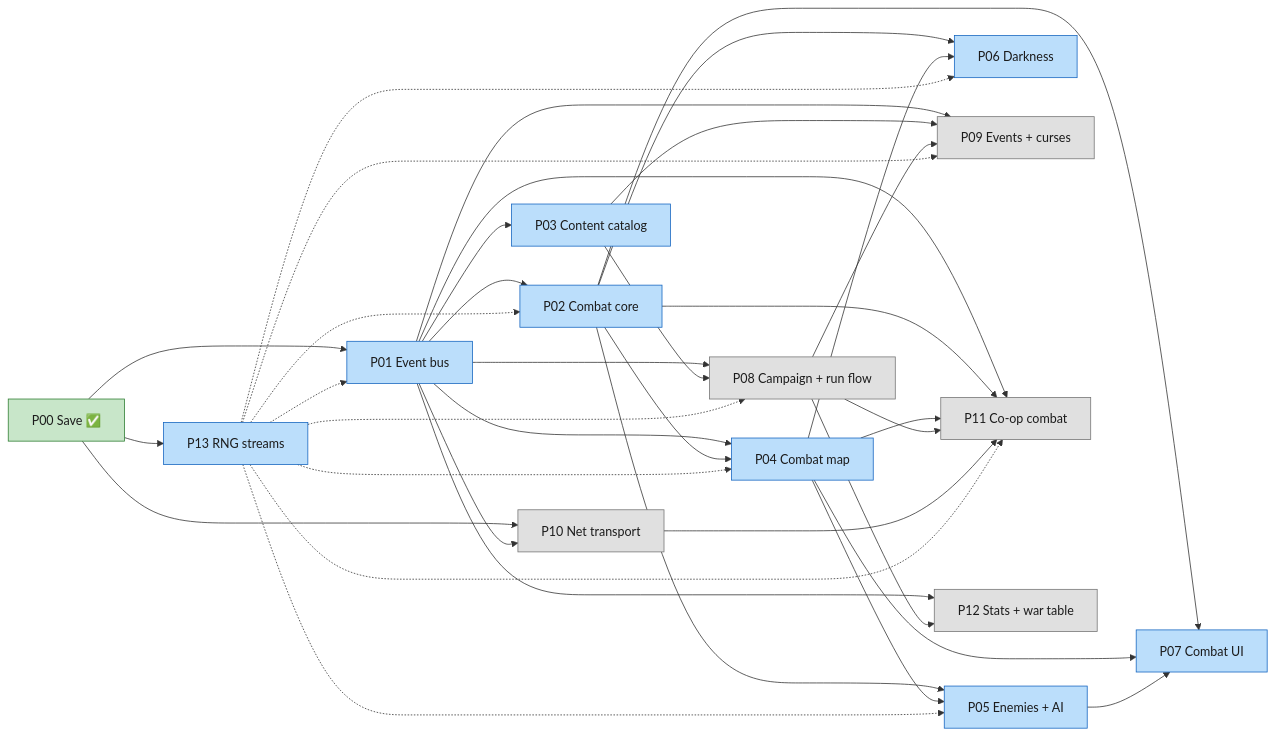
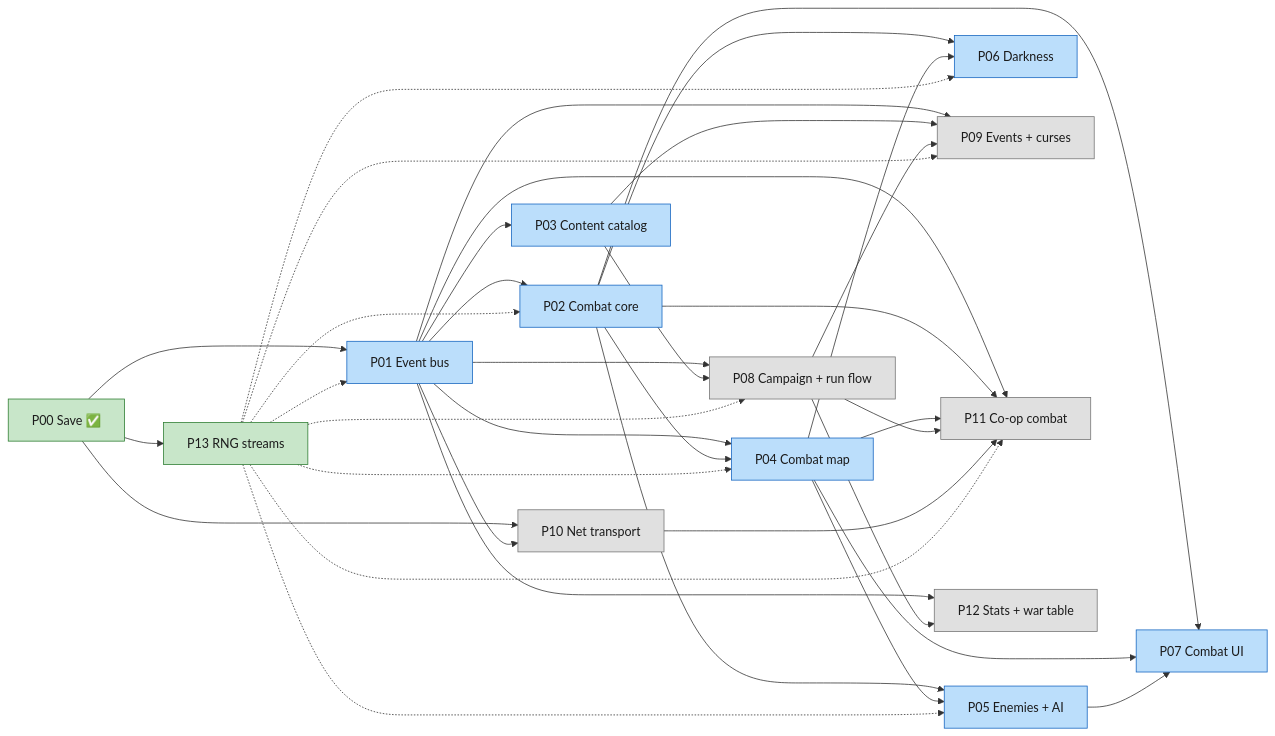
Before and after one commit to DevinHMurphy/bandit-bash: the first of 2 diagrams in docs/plans/game-orchestrator.md, drawn with Mermaid. The commit also changed other lines of this file and 1 other file, not shown here.

````diff
--- a/docs/plans/game-orchestrator.md
+++ b/docs/plans/game-orchestrator.md
@@ -121,46 +120,46 @@
 ```mermaid
 flowchart LR
   P00[P00 Save ✅] --> P01[P01 Event bus]
   P00 --> P13[P13 RNG streams]
   P00 --> P10[P10 Net transport]
   P01 --> P02[P02 Combat core]
   P01 --> P03[P03 Content catalog]
   P01 --> P04[P04 Combat map]
   P02 --> P04
   P02 --> P05[P05 Enemies + AI]
   P04 --> P05
   P02 --> P06[P06 Darkness]
   P04 --> P06
   P02 --> P07[P07 Combat UI]
   P04 --> P07
   P05 --> P07
   P01 --> P08[P08 Campaign + run flow]
   P03 --> P08
   P01 --> P09[P09 Events + curses]
   P03 --> P09
   P08 --> P09
   P01 --> P10
   P01 --> P11[P11 Co-op combat]
   P02 --> P11
   P04 --> P11
   P08 --> P11
   P10 --> P11
   P01 --> P12[P12 Stats + war table]
   P08 --> P12
   P13 -.-> P01
   P13 -.-> P02
   P13 -.-> P04
   P13 -.-> P05
   P13 -.-> P06
   P13 -.-> P08
   P13 -.-> P09
   P13 -.-> P11
 
   classDef done fill:#c8e6c9,stroke:#2e7d32,color:#1b1b1b
   classDef active fill:#bbdefb,stroke:#1565c0,color:#1b1b1b
   classDef ready fill:#fff3c4,stroke:#b8860b,color:#1b1b1b
   classDef waiting fill:#e0e0e0,stroke:#757575,color:#1b1b1b
-  class P00 done
-  class P01,P02,P03,P04,P05,P06,P07,P13 active
+  class P00,P13 done
+  class P01,P02,P03,P04,P05,P06,P07 active
   class P08,P09,P10,P11,P12 waiting
 ```
````
